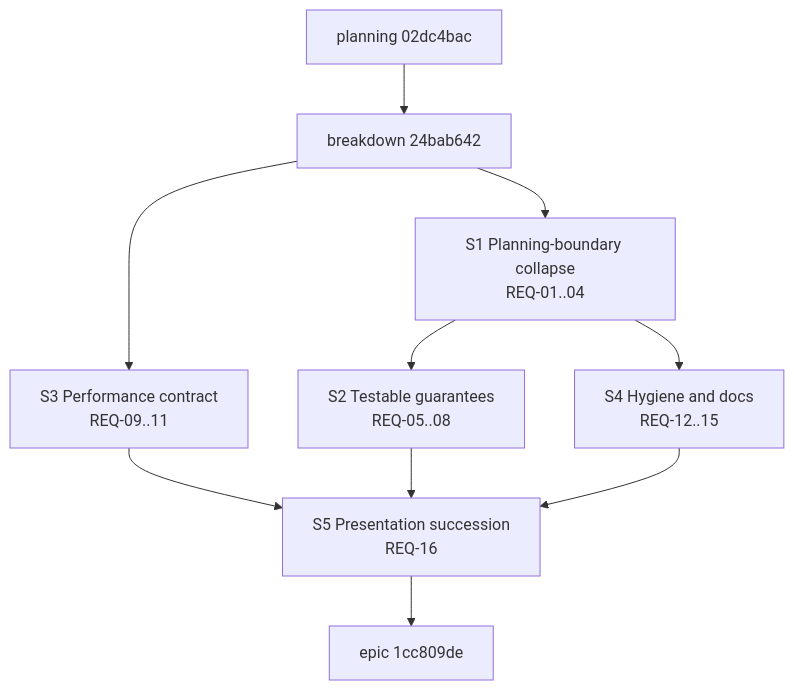
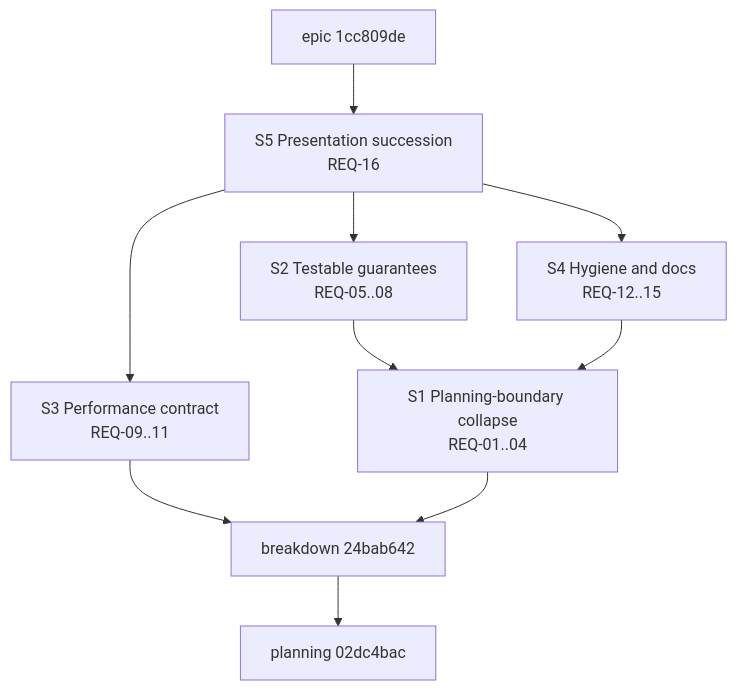
The diagram in dev/active/1cc809de-plan.md (erankavija/just-in-time), drawn with Mermaid before and after one commit. The commit also changed other lines of this file and 3 other files, not shown here.

````diff
--- a/dev/active/1cc809de-plan.md
+++ b/dev/active/1cc809de-plan.md
@@ -48,12 +48,12 @@
 ```mermaid
 graph TD
-    P[planning 02dc4bac] --> B[breakdown 24bab642]
-    B --> S3[S3 Performance contract<br/>REQ-09..11]
-    B --> S1[S1 Planning-boundary collapse<br/>REQ-01..04]
-    S1 --> S2[S2 Testable guarantees<br/>REQ-05..08]
-    S1 --> S4[S4 Hygiene and docs<br/>REQ-12..15]
-    S3 --> S5[S5 Presentation succession<br/>REQ-16]
-    S2 --> S5
-    S4 --> S5
-    S5 --> E[epic 1cc809de]
+    B[breakdown 24bab642] --> P[planning 02dc4bac]
+    S3[S3 Performance contract<br/>REQ-09..11] --> B
+    S1[S1 Planning-boundary collapse<br/>REQ-01..04] --> B
+    S2[S2 Testable guarantees<br/>REQ-05..08] --> S1
+    S4[S4 Hygiene and docs<br/>REQ-12..15] --> S1
+    S5[S5 Presentation succession<br/>REQ-16] --> S3
+    S5 --> S2
+    S5 --> S4
+    E[epic 1cc809de] --> S5
 ```
````
